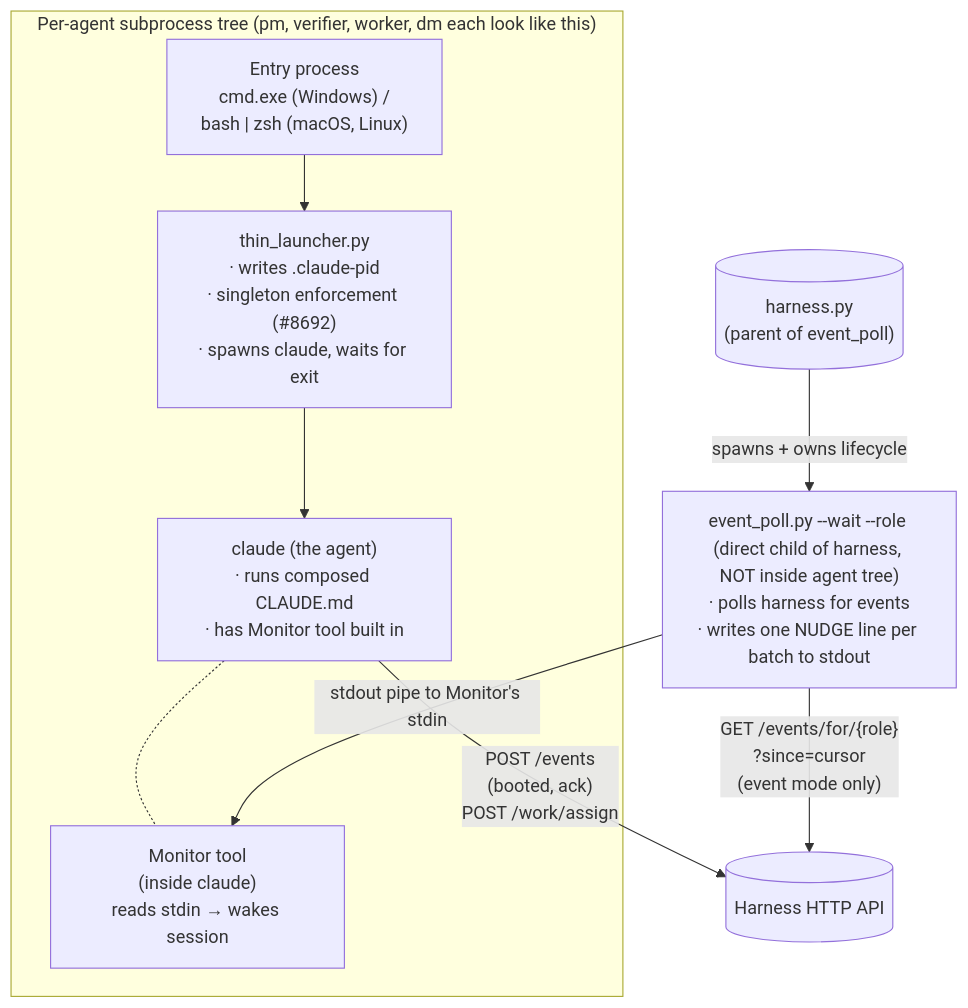
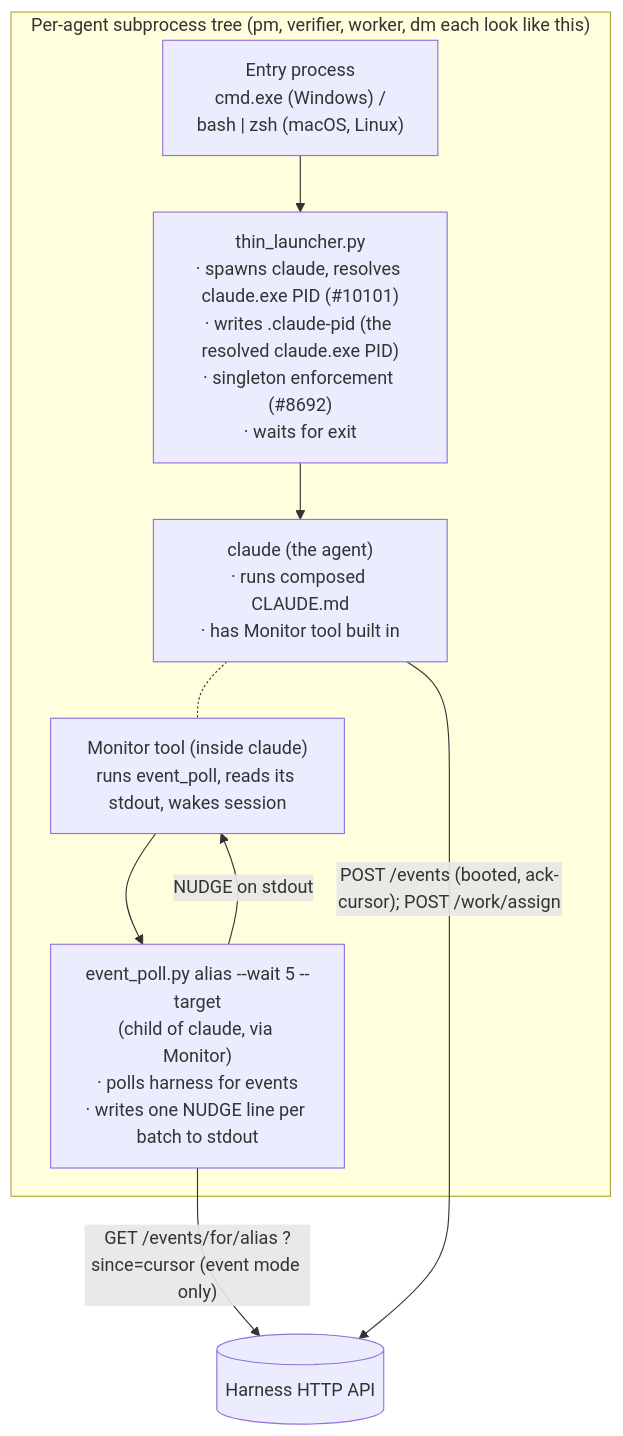
Before and after one commit to WallyDoodlez/SquidSquad: the third of 15 diagrams in docs/AGENT-RUNTIME.md, drawn with Mermaid. The commit also changed other lines of this file, not shown here.

First line of the commit message:
pm: AGENT-RUNTIME reconciliation — event_poll/.claude-pid model (step-5 cross-ref, into #12417)

````diff
--- a/docs/AGENT-RUNTIME.md
+++ b/docs/AGENT-RUNTIME.md
@@ -189,24 +189,20 @@
 ```mermaid
 flowchart TB
-    Harness[("harness.py<br/>(parent of event_poll)")]
-
     subgraph agent_tree["Per-agent subprocess tree (pm, verifier, worker, dm each look like this)"]
         Cmd["Entry process<br/>cmd.exe (Windows) /<br/>bash | zsh (macOS, Linux)"]
-        TL["thin_launcher.py<br/>· writes .claude-pid<br/>· singleton enforcement (#8692)<br/>· spawns claude, waits for exit"]
+        TL["thin_launcher.py<br/>· spawns claude, resolves claude.exe PID (#10101)<br/>· writes .claude-pid (the resolved claude.exe PID)<br/>· singleton enforcement (#8692)<br/>· waits for exit"]
         Claude["claude (the agent)<br/>· runs composed CLAUDE.md<br/>· has Monitor tool built in"]
-        Monitor["Monitor tool<br/>(inside claude)<br/>reads stdin → wakes session"]
+        Monitor["Monitor tool (inside claude)<br/>runs event_poll, reads its stdout, wakes session"]
+        Poll["event_poll.py alias --wait 5 --target<br/>(child of claude, via Monitor)<br/>· polls harness for events<br/>· writes one NUDGE line per batch to stdout"]
 
         Cmd --> TL
         TL --> Claude
         Claude -.- Monitor
+        Monitor --> Poll
     end
 
-    Poll["event_poll.py --wait --role <role><br/>(direct child of harness, NOT inside agent tree)<br/>· polls harness for events<br/>· writes one NUDGE line per batch to stdout"]
-
-    Harness -- spawns + owns lifecycle --> Poll
-    Poll -- "stdout pipe to Monitor's stdin" --> Monitor
-
     HarnessAPI[("Harness HTTP API")]
-    Poll -- "GET /events/for/{role}<br/>?since=cursor<br/>(event mode only)" --> HarnessAPI
-    Claude -- "POST /events<br/>(booted, ack)<br/>POST /work/assign" --> HarnessAPI
+    Poll -- "GET /events/for/alias ?since=cursor (event mode only)" --> HarnessAPI
+    Claude -- "POST /events (booted, ack-cursor); POST /work/assign" --> HarnessAPI
+    Poll -- "NUDGE on stdout" --> Monitor
 ```
````
